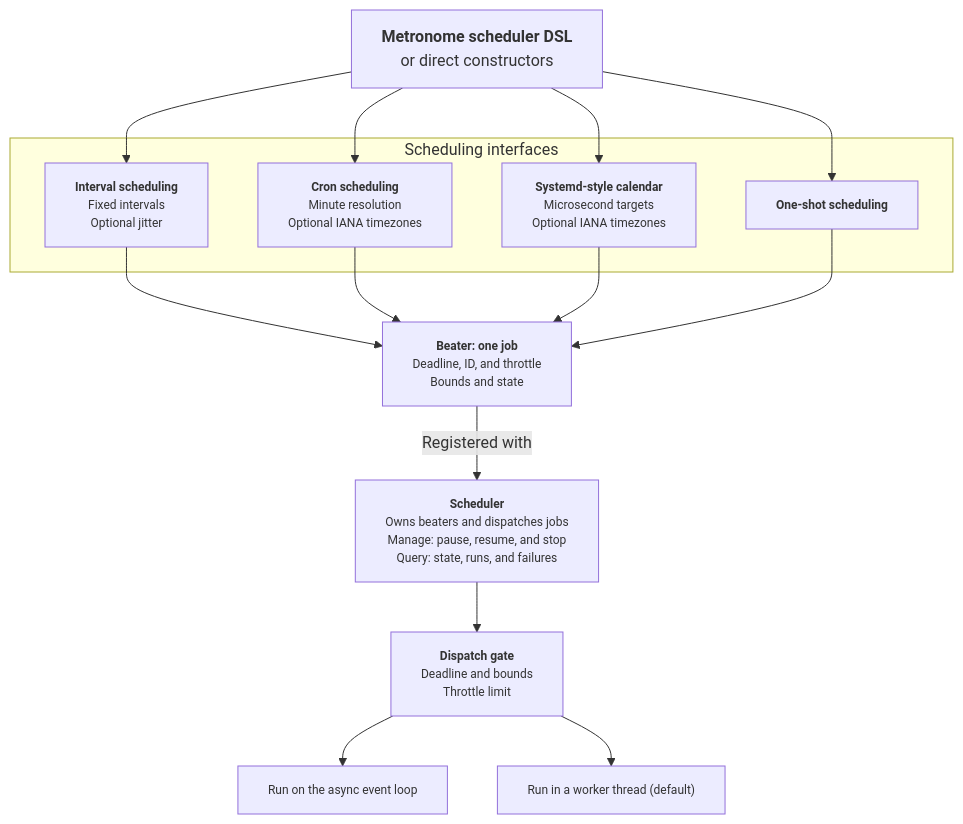
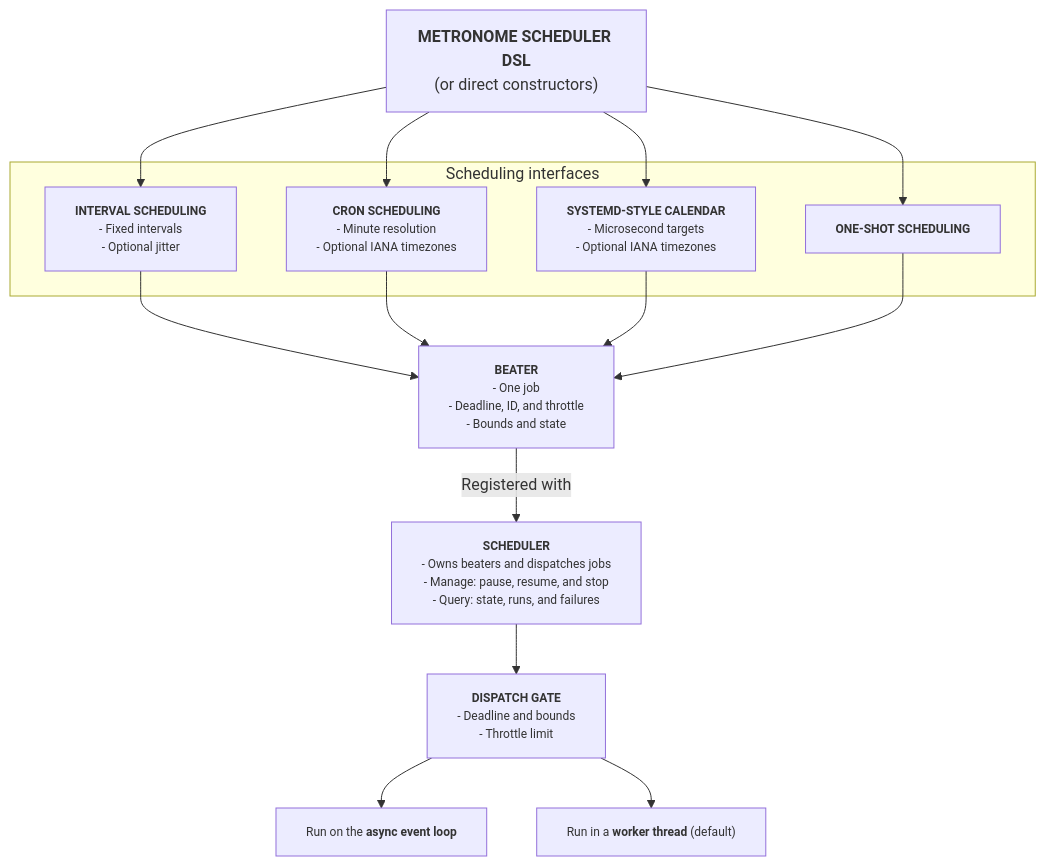
Before and after one commit to titanomachy/Metronome: the diagram in README.md, drawn with Mermaid. The commit also changed other lines of this file, not shown here.

Commit message:
Add section about direct constructors, clean up diagram

````diff
--- a/README.md
+++ b/README.md
@@ -34,45 +34,46 @@
 ```mermaid
 flowchart TB
-  DSL["`**Metronome scheduler DSL**
-  or direct constructors`"]
+  DSL["`**METRONOME SCHEDULER DSL**
+  (or direct constructors)`"]
 
   subgraph INTERFACES["Scheduling interfaces"]
-    EVERY["`**Interval scheduling**
-    Fixed intervals
-    Optional jitter`"]
-    CRON["`**Cron scheduling**
-    Minute resolution
-    Optional IANA timezones`"]
-    TIMER["`**Systemd-style calendar**
-    Microsecond targets
-    Optional IANA timezones`"]
-    AT["`**One-shot scheduling**`"]
+    EVERY["`**INTERVAL SCHEDULING**
+    - Fixed intervals
+    - Optional jitter`"]
+    CRON["`**CRON SCHEDULING**
+    - Minute resolution
+    - Optional IANA timezones`"]
+    TIMER["`**SYSTEMD-STYLE CALENDAR**
+    - Microsecond targets
+    - Optional IANA timezones`"]
+    AT["`**ONE-SHOT SCHEDULING**`"]
   end
 
   DSL --> EVERY
   DSL --> CRON
   DSL --> TIMER
   DSL --> AT
 
   EVERY --> BEATER
   CRON --> BEATER
   TIMER --> BEATER
   AT --> BEATER
 
-  BEATER["`**Beater: one job**
-  Deadline, ID, and throttle
-  Bounds and state`"]
-  BEATER -->|Registered with| SCHEDULER["`**Scheduler**
-  Owns beaters and dispatches jobs
-  Manage: pause, resume, and stop
-  Query: state, runs, and failures`"]
+  BEATER["`**BEATER**
+  - One job<br>
+  - Deadline, ID, and throttle<br>
+  - Bounds and state`"]
+  BEATER -->|Registered with| SCHEDULER["`**SCHEDULER**
+  - Owns beaters and dispatches jobs<br>
+  - Manage: pause, resume, and stop<br>
+  - Query: state, runs, and failures`"]
 
-  SCHEDULER --> GATE["`**Dispatch gate**
-  Deadline and bounds
-  Throttle limit`"]
-  GATE --> ASYNC["Run on the async event loop"]
-  GATE --> THREAD["Run in a worker thread (default)"]
+  SCHEDULER --> GATE["`**DISPATCH GATE**
+  - Deadline and bounds<br>
+  - Throttle limit`"]
+  GATE --> ASYNC["Run on the <strong>async event loop</strong>"]
+  GATE --> THREAD["Run in a <strong>worker thread</strong> (default)"]
 
   classDef compact font-size:12px;
   class EVERY,CRON,TIMER,AT,BEATER,SCHEDULER,GATE,ASYNC,THREAD compact;
 ```
````
